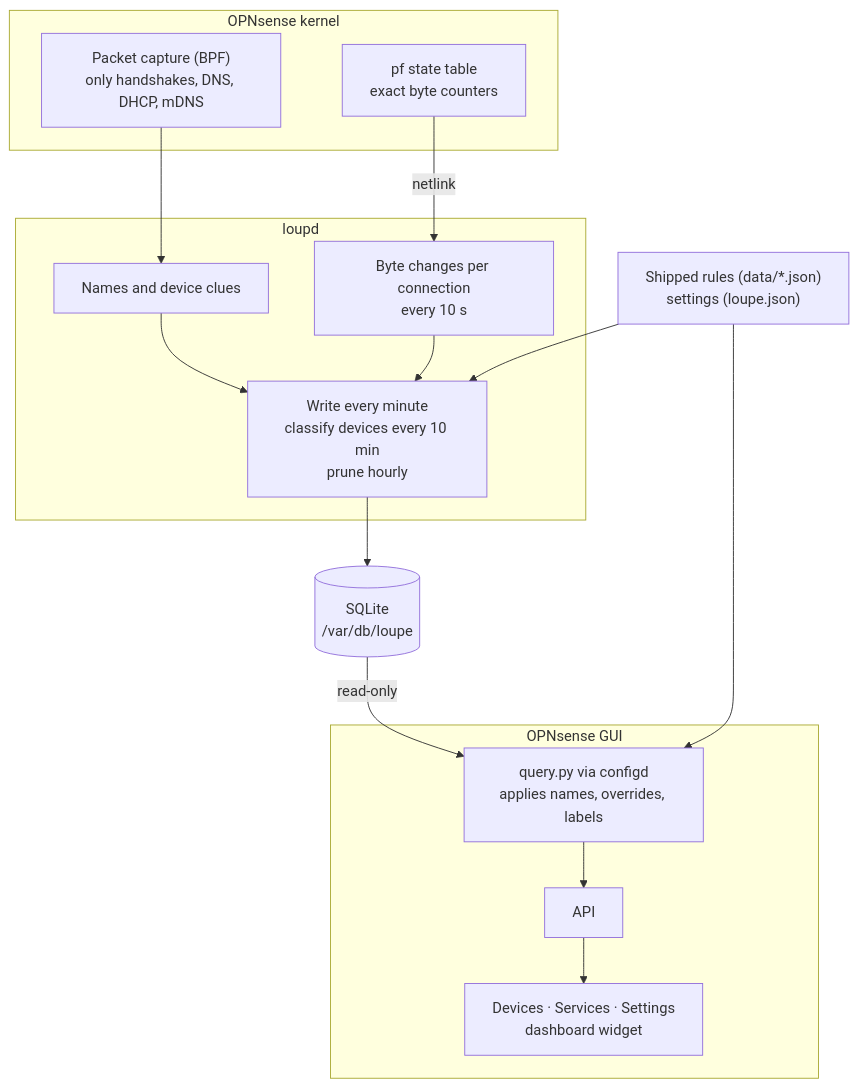
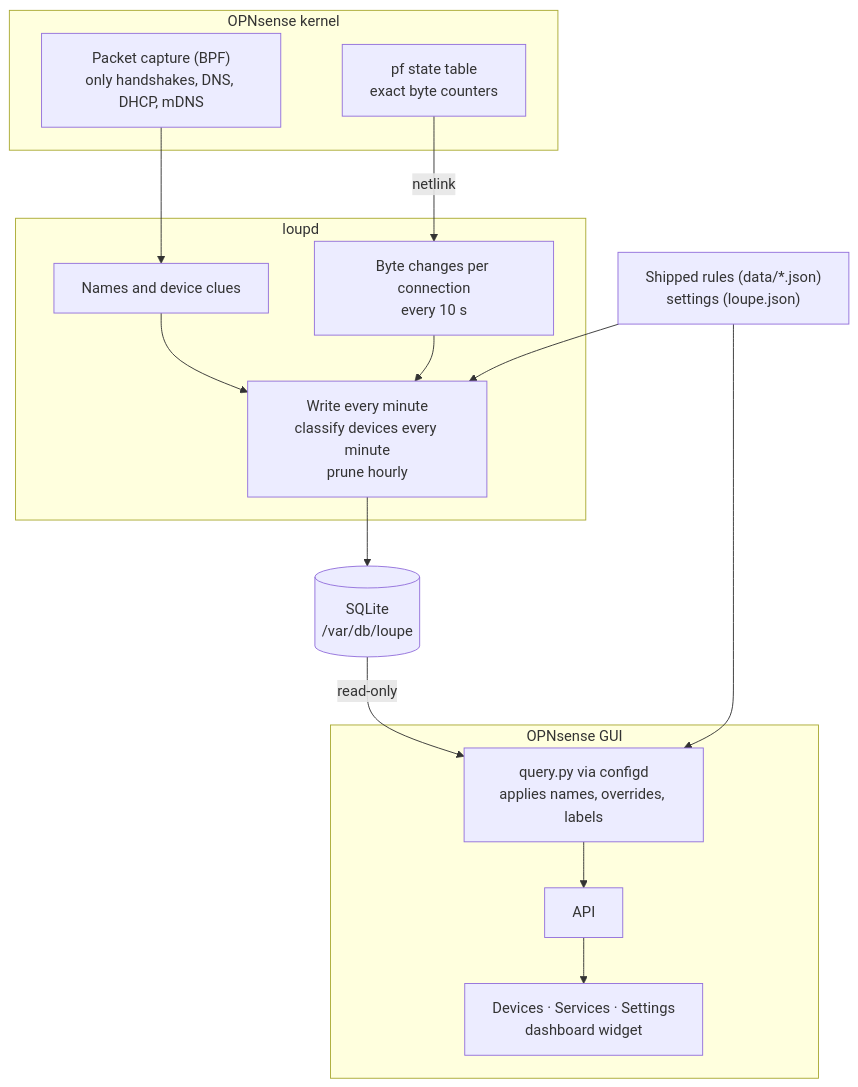
One commit to alokdhir/os-loupe changed the diagram in docs/DESIGN.md. Above: the diagram before and after it, drawn with Mermaid. The commit also changed other lines of this file and 1 other file, not shown here.

Commit message:
Classify devices every minute, right after the write, instead of every 10 minutes: new evidence counts within a minute (a pass takes ~0.2 s)

````diff
--- a/docs/DESIGN.md
+++ b/docs/DESIGN.md
@@ -13,25 +13,25 @@
 ```mermaid
 flowchart TB
     subgraph kernel["OPNsense kernel"]
         bpf["Packet capture (BPF)<br/>only handshakes, DNS, DHCP, mDNS"]
         pf["pf state table<br/>exact byte counters"]
     end
     subgraph daemon["loupd"]
         names["Names and device clues"]
         bytes["Byte changes per connection<br/>every 10 s"]
-        flush["Write every minute<br/>classify devices every 10 min<br/>prune hourly"]
+        flush["Write every minute<br/>classify devices every minute<br/>prune hourly"]
     end
     db[("SQLite<br/>/var/db/loupe")]
     data["Shipped rules (data/*.json)<br/>settings (loupe.json)"]
     subgraph gui["OPNsense GUI"]
         query["query.py via configd<br/>applies names, overrides, labels"]
         api["API"]
         pages["Devices · Services · Settings<br/>dashboard widget"]
     end
     bpf --> names --> flush
     pf -- "netlink" --> bytes --> flush
     flush --> db
     db -- "read-only" --> query --> api --> pages
     data --> flush
     data --> query
 ```
````
